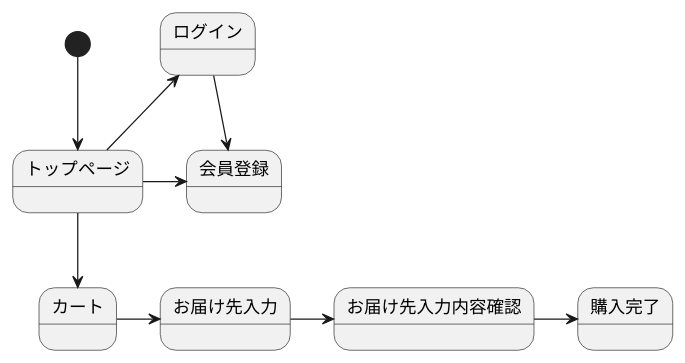
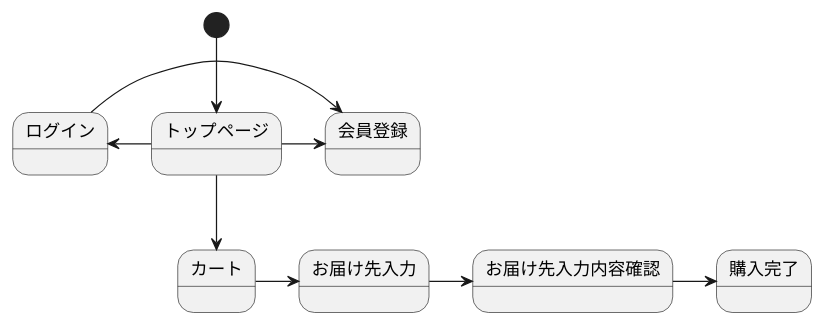
The diagram in stm01.md (Aso2001405/2021sys-design), drawn with PlantUML before and after one commit.

````diff
--- a/stm01.md
+++ b/stm01.md
@@ -1,12 +1,12 @@
 ```uml
 @startuml
 [*] --> トップページ
 トップページ -> 会員登録
 トップページ -left-> ログイン
-ログイン--> 会員登録
+ログイン-> 会員登録
 トップページ --> カート
 カート -> お届け先入力
 お届け先入力 -> お届け先入力内容確認
 お届け先入力内容確認 -> 購入完了
 @enduml
 ```
````
